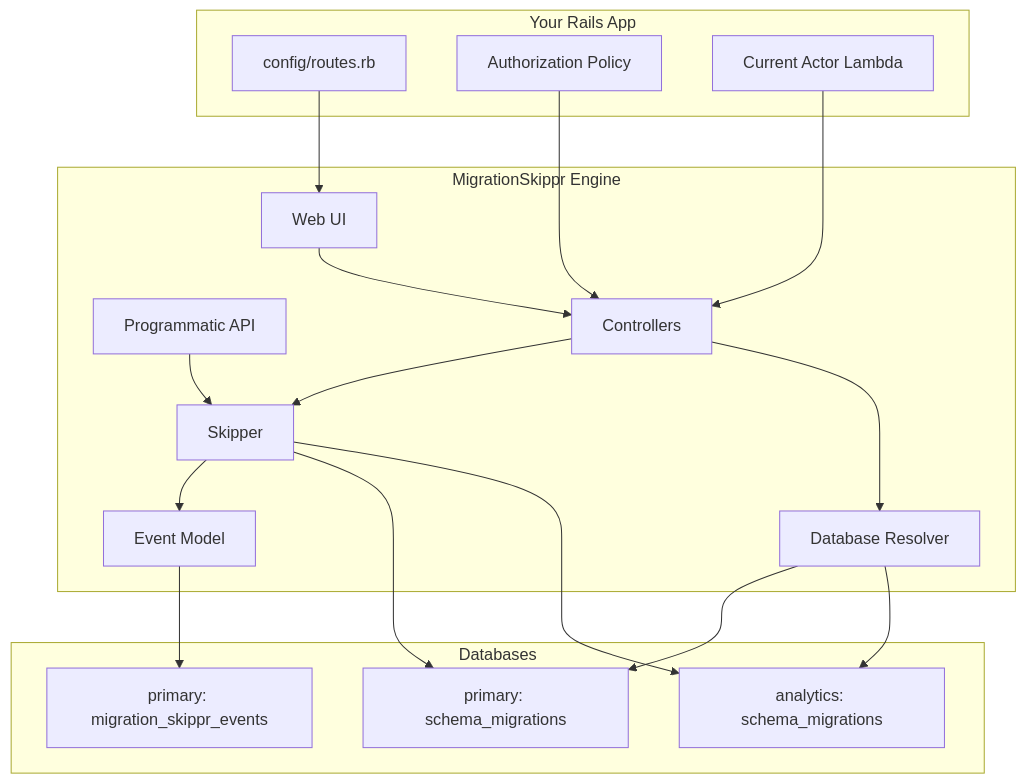
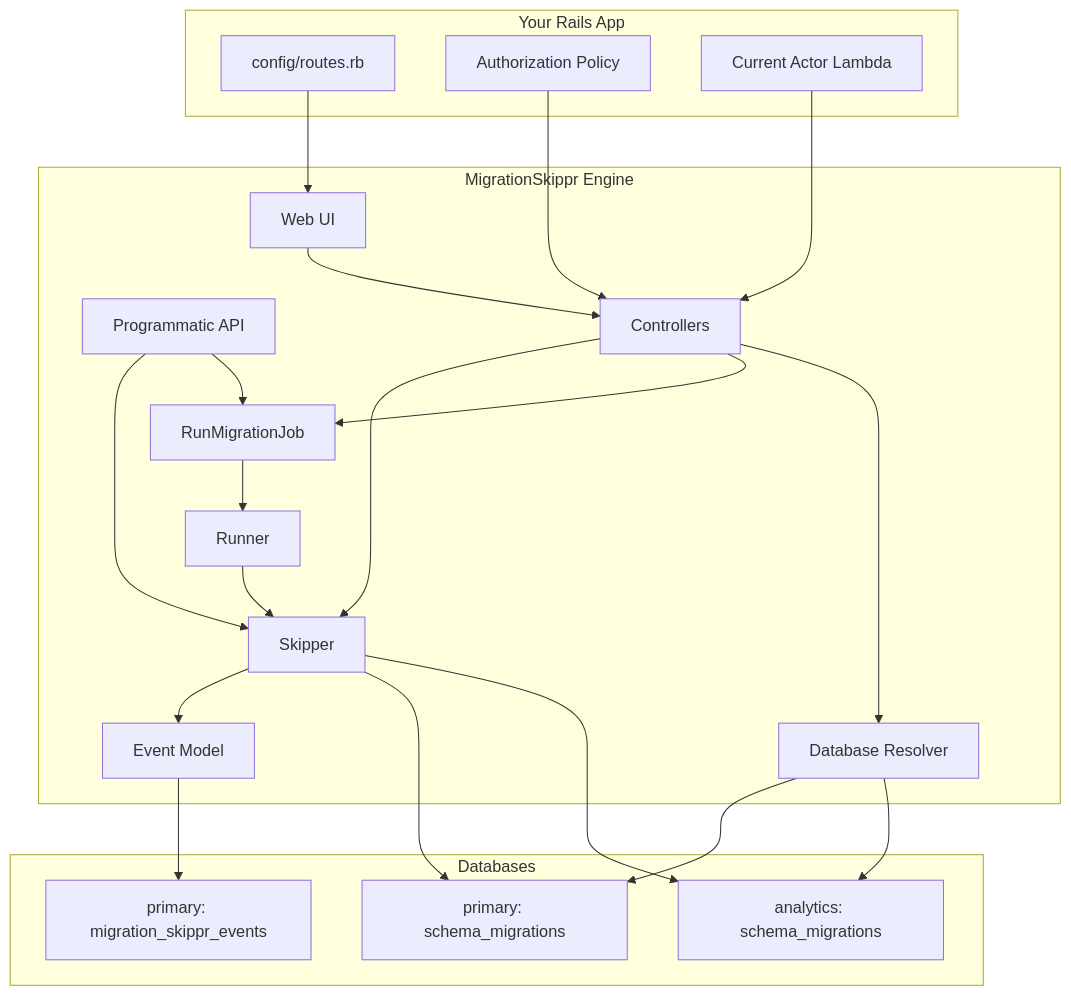
Before and after one commit to jrgifford/migration_skippr: the second of 4 diagrams in README.md, drawn with Mermaid. The commit also changed other lines of this file and 25 other files, not shown here.

First line of the commit message:
feat: add RunMigrationJob to execute skipped migrations (#10)

````diff
--- a/README.md
+++ b/README.md
@@ -96,37 +104,43 @@
 ```mermaid
 graph TB
     subgraph "Your Rails App"
         Routes[config/routes.rb]
         Policy[Authorization Policy]
         Actor[Current Actor Lambda]
     end
 
     subgraph "MigrationSkippr Engine"
         UI[Web UI]
         API[Programmatic API]
         Controllers[Controllers]
         Skipper[Skipper]
+        Runner[Runner]
+        Job[RunMigrationJob]
         Resolver[Database Resolver]
         Events[Event Model]
     end
 
     subgraph "Databases"
         SM1[primary: schema_migrations]
         SM2[analytics: schema_migrations]
         ET[primary: migration_skippr_events]
     end
 
     Routes --> UI
     Policy --> Controllers
     Actor --> Controllers
     UI --> Controllers
     API --> Skipper
+    API --> Job
     Controllers --> Skipper
+    Controllers --> Job
+    Job --> Runner
+    Runner --> Skipper
     Controllers --> Resolver
     Skipper --> Events
     Skipper --> SM1
     Skipper --> SM2
     Resolver --> SM1
     Resolver --> SM2
     Events --> ET
 ```
````
